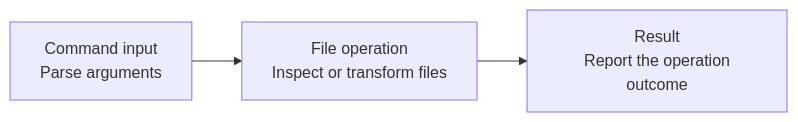
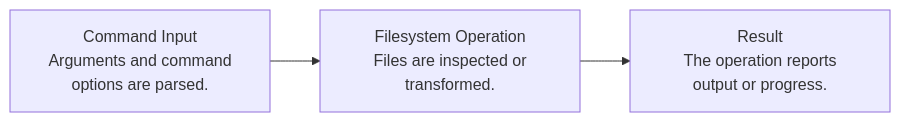
Before and after one commit to Kanishq10/FileOrganiser: the diagram in README.md, drawn with Mermaid. The commit also changed other lines of this file, not shown here.

````diff
--- a/README.md
+++ b/README.md
@@ -16,8 +25,8 @@
 ```mermaid
 flowchart LR
-    N0["Command input<br/> Parse arguments"]
-    N1["File operation<br/> Inspect or transform files"]
+    N0["Command Input<br/> Arguments and command options are parsed."]
+    N1["Filesystem Operation<br/> Files are inspected or transformed."]
+    N2["Result<br/> The operation reports output or progress."]
     N0 --> N1
-    N2["Result<br/> Report the operation outcome"]
     N1 --> N2
 ```
````
